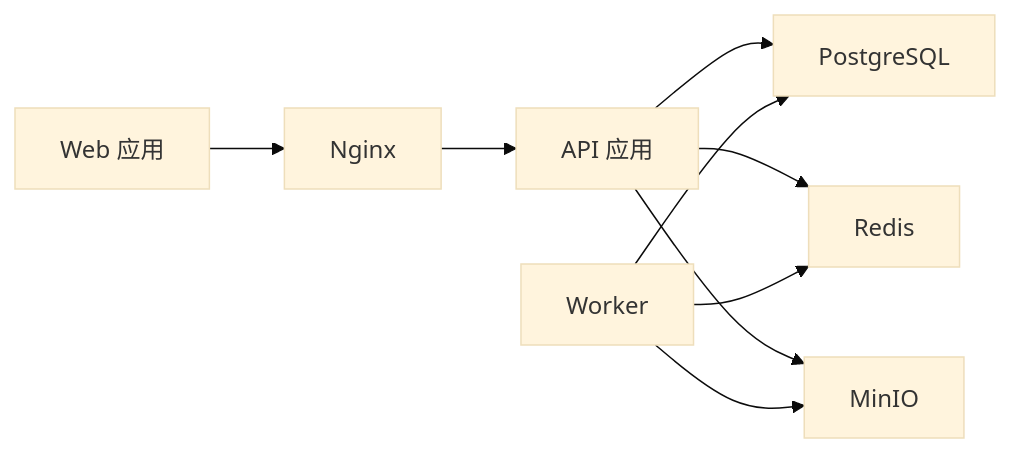
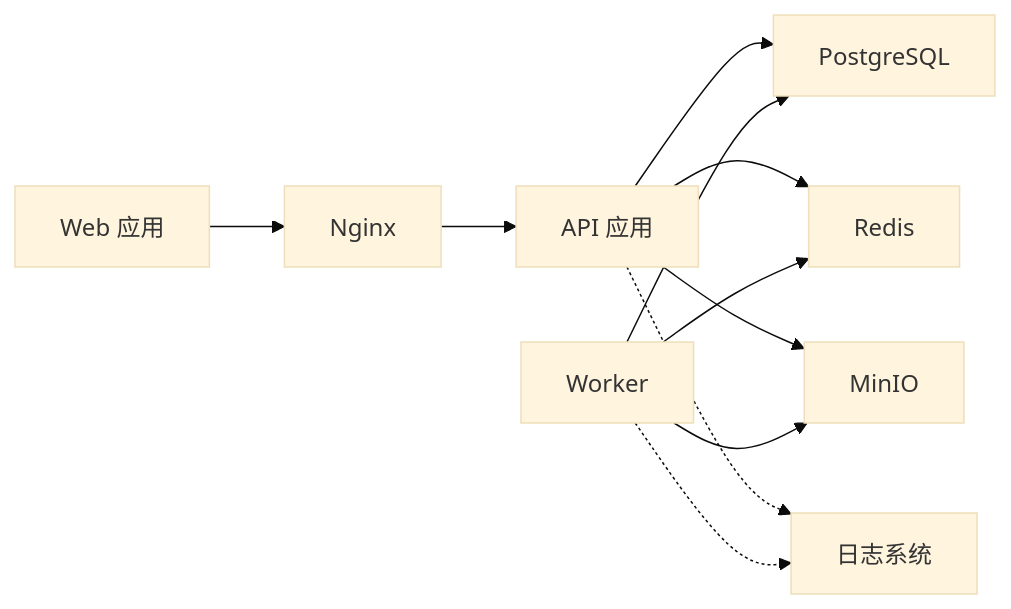
One commit to selectzhangyuan/AI-photo-coach changed the third of 3 diagrams in .qoder/repowiki/zh/content/部署和运维/部署和运维.md. Above: the diagram before and after it, drawn with Mermaid (base theme). The commit also changed other lines of this file and 16 other files, not shown here.

````diff
--- a/.qoder/repowiki/zh/content/部署和运维/部署和运维.md
+++ b/.qoder/repowiki/zh/content/部署和运维/部署和运维.md
@@ -191,11 +222,13 @@
 ```mermaid
 graph LR
 Web["Web 应用"] --> Nginx["Nginx"]
 Nginx --> API["API 应用"]
 API --> DB["PostgreSQL"]
 API --> Cache["Redis"]
 API --> S3["MinIO"]
 Worker["Worker"] --> Cache
 Worker --> DB
 Worker --> S3
+API -.-> Logging["日志系统"]
+Worker -.-> Logging
 ```
````
